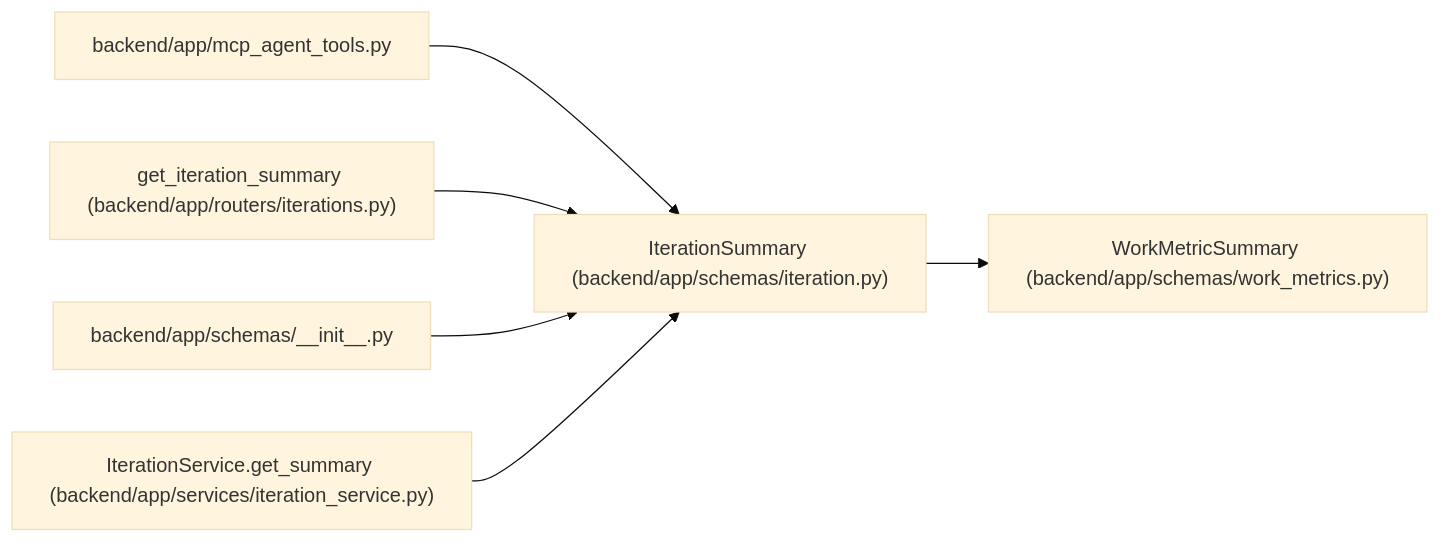
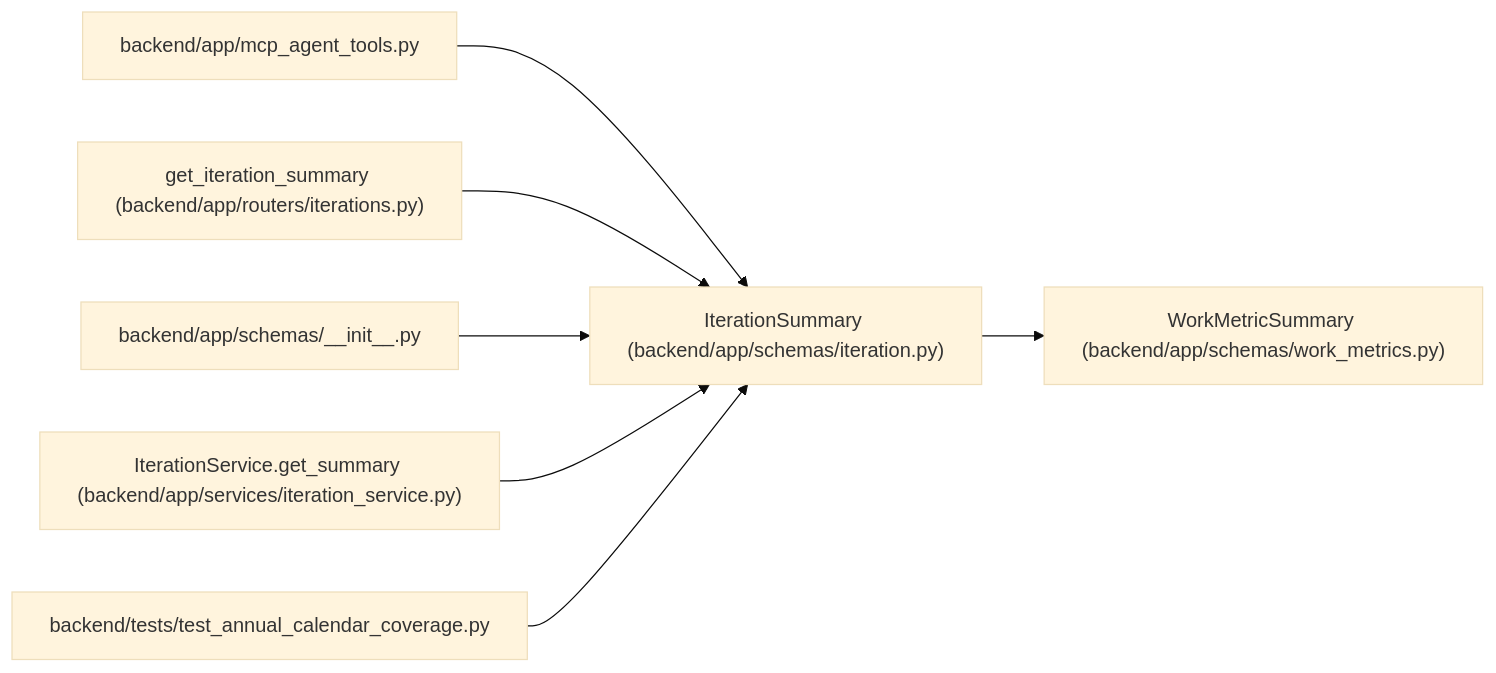
Before and after one commit to Denissvgn/WorkChord: the diagram in docs/llm_wiki/entities/schemas_iteration_IterationSummary.md, drawn with Mermaid (base theme). The commit also changed other lines of this file and 920 other files, not shown here.

````diff
--- a/docs/llm_wiki/entities/schemas_iteration_IterationSummary.md
+++ b/docs/llm_wiki/entities/schemas_iteration_IterationSummary.md
@@ -41,20 +42,23 @@
 ```mermaid
 flowchart LR
     n0["IterationSummary (backend/app/schemas/iteration.py)"]
     n1["WorkMetricSummary (backend/app/schemas/work_metrics.py)"]
     n2["backend/app/mcp_agent_tools.py"]
     n3["get_iteration_summary (backend/app/routers/iterations.py)"]
     n4["backend/app/schemas/__init__.py"]
     n5["IterationService.get_summary (backend/app/services/iteration_service.py)"]
+    n6["backend/tests/test_annual_calendar_coverage.py"]
     n0 --> n1
     n2 --> n0
     n3 --> n0
     n4 --> n0
     n5 --> n0
+    n6 --> n0
     click n0 "../modules/schemas_iteration.md"
     click n1 "../modules/schemas_work_metrics.md"
     click n2 "../modules/mcp_agent_tools.md"
     click n3 "../modules/iterations.md"
     click n4 "../modules/schemas___init__.md"
     click n5 "../modules/iteration_service.md"
+    click n6 "../modules/test_annual_calendar_coverage.md"
 ```
````
